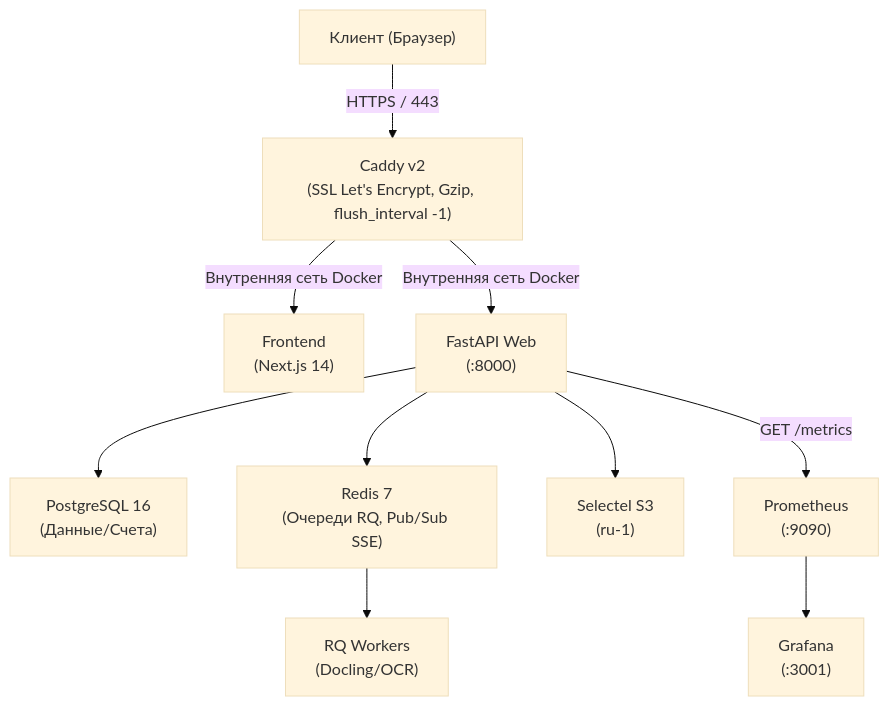
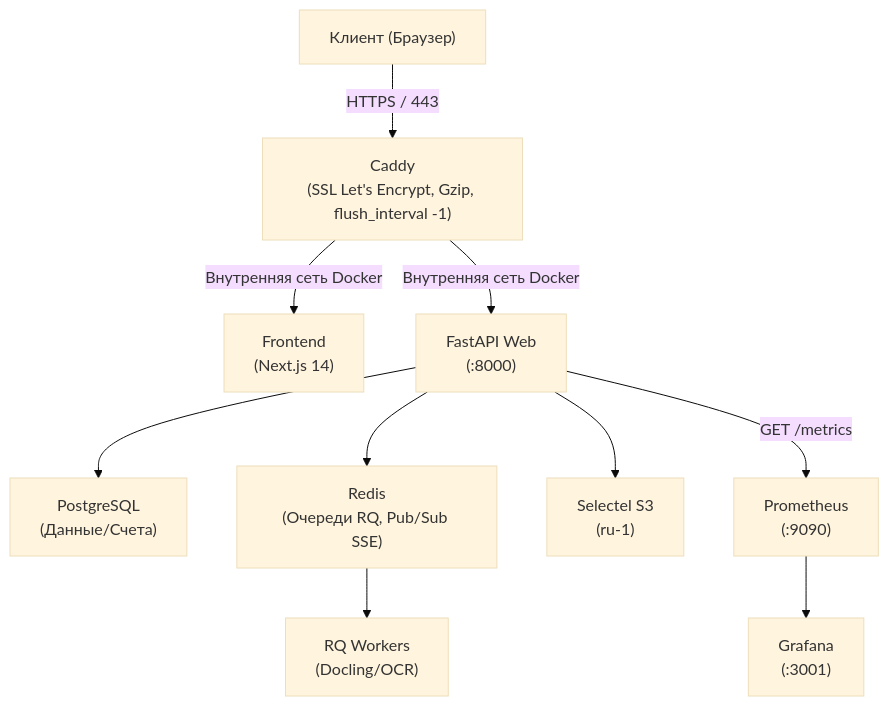
Before and after one commit to catishe-catalogue/clean-doc: the diagram in docs/TECH.md, drawn with Mermaid (base theme). The commit also changed other lines of this file, not shown here.

````diff
--- a/docs/TECH.md
+++ b/docs/TECH.md
@@ -583,29 +615,29 @@
 ```mermaid
 flowchart TB
     Client["Клиент (Браузер)"]
 
-    Caddy["Caddy v2<br/>(SSL Let's Encrypt, Gzip, flush_interval -1)"]
+    Caddy["Caddy<br/>(SSL Let's Encrypt, Gzip, flush_interval -1)"]
 
     Frontend["Frontend<br/>(Next.js 14)"]
     FastAPI["FastAPI Web<br/>(:8000)"]
 
-    Postgres["PostgreSQL 16<br/>(Данные/Счета)"]
-    Redis["Redis 7<br/>(Очереди RQ, Pub/Sub SSE)"]
+    Postgres["PostgreSQL<br/>(Данные/Счета)"]
+    Redis["Redis<br/>(Очереди RQ, Pub/Sub SSE)"]
     S3["Selectel S3<br/>(ru-1)"]
     Workers["RQ Workers<br/>(Docling/OCR)"]
     Prometheus["Prometheus<br/>(:9090)"]
     Grafana["Grafana<br/>(:3001)"]
 
     Client -->|HTTPS / 443| Caddy
 
     Caddy -->|Внутренняя сеть Docker| Frontend
     Caddy -->|Внутренняя сеть Docker| FastAPI
 
     FastAPI --> Postgres
     FastAPI --> Redis
     FastAPI --> S3
     FastAPI -->|"GET /metrics"| Prometheus
 
     Redis --> Workers
     Prometheus --> Grafana
 ```
````
